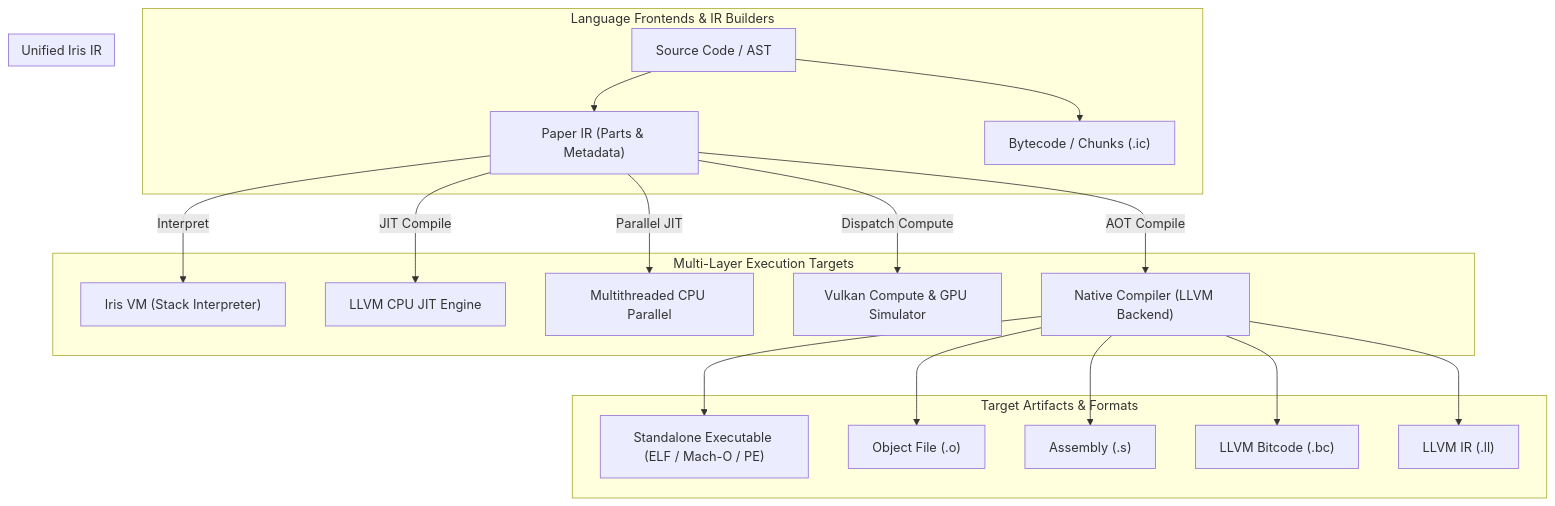
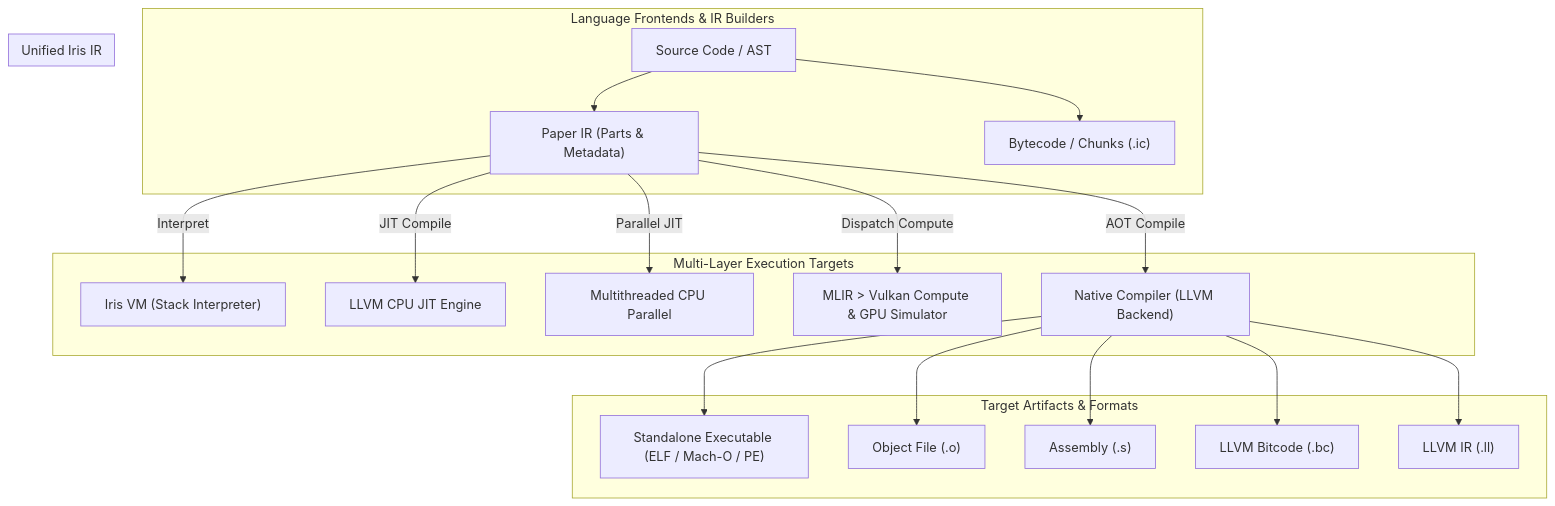
Before and after one commit to Iris-proj/iris-runtime: the diagram in README.md, drawn with Mermaid.

Commit message:
Update GPU dispatch method in README

````diff
--- a/README.md
+++ b/README.md
@@ -15,27 +15,27 @@
 ```mermaid
 flowchart TD
     subgraph Frontend["Language Frontends & IR Builders"]
         Source["Source Code / AST"] --> Paper["Paper IR (Parts & Metadata)"]
         Source --> BytecodeGen["Bytecode / Chunks (.ic)"]
     end
 
     subgraph IR["Unified Iris IR"]
         Paper
     end
 
     subgraph ExecutionTargets["Multi-Layer Execution Targets"]
         Paper -->|Interpret| VM["Iris VM (Stack Interpreter)"]
         Paper -->|JIT Compile| CPU["LLVM CPU JIT Engine"]
         Paper -->|Parallel JIT| CPUP["Multithreaded CPU Parallel"]
-        Paper -->|Dispatch Compute| GPU["Vulkan Compute & GPU Simulator"]
+        Paper -->|Dispatch Compute| GPU["MLIR > Vulkan Compute & GPU Simulator"]
         Paper -->|AOT Compile| Native["Native Compiler (LLVM Backend)"]
     end
 
     subgraph OutputArtifacts["Target Artifacts & Formats"]
         Native --> Exe["Standalone Executable (ELF / Mach-O / PE)"]
         Native --> Obj["Object File (.o)"]
         Native --> Asm["Assembly (.s)"]
         Native --> BC["LLVM Bitcode (.bc)"]
         Native --> LL["LLVM IR (.ll)"]
     end
 ```
````
